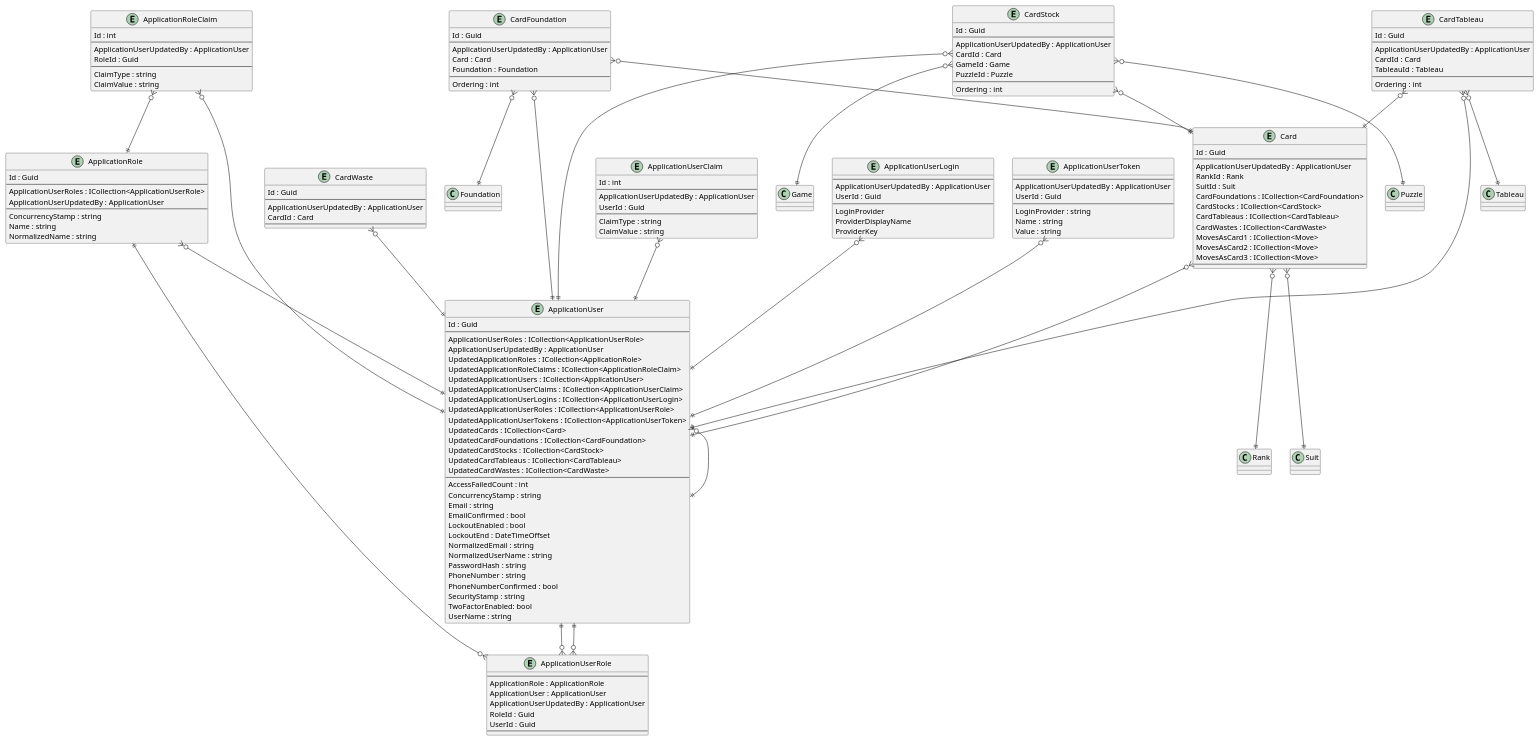
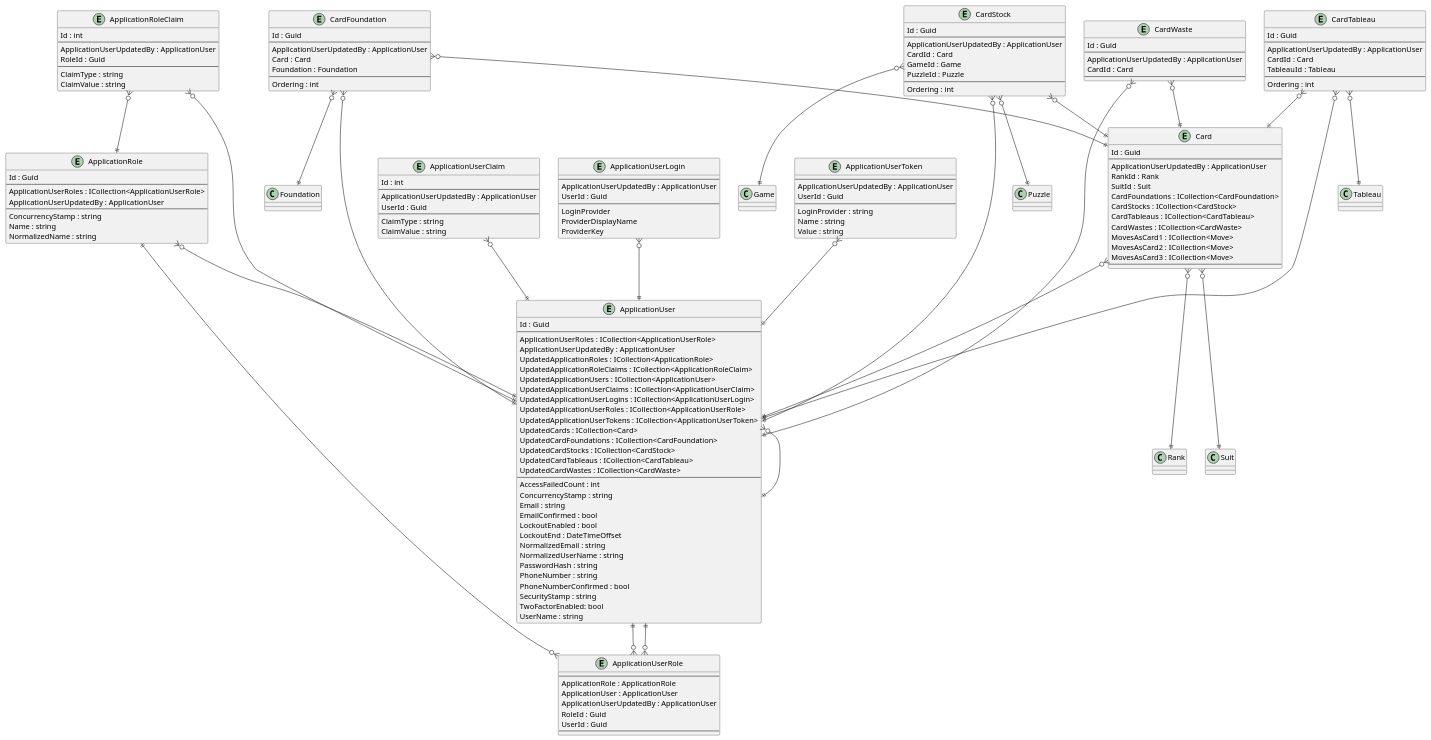
One commit to intrepion/intrepion_klondike-solitaire_csharp changed the diagram in .docs/Intrepion.KlondikeSolitaire.pu. Above: the diagram before and after it, drawn with PlantUML.

```diff
--- a/.docs/Intrepion.KlondikeSolitaire.pu
+++ b/.docs/Intrepion.KlondikeSolitaire.pu
@@ -1,193 +1,194 @@
 @startuml
 
 entity ApplicationRole {
     Id : Guid
     --
     ApplicationUserRoles : ICollection<ApplicationUserRole>
     ApplicationUserUpdatedBy : ApplicationUser
     --
     ConcurrencyStamp : string
     Name : string
     NormalizedName : string
 }
 
 entity ApplicationRoleClaim {
     Id : int
     --
     ApplicationUserUpdatedBy : ApplicationUser
     RoleId : Guid
     --
     ClaimType : string
     ClaimValue : string
 }
 
 entity ApplicationUser {
     Id : Guid
     --
     ApplicationUserRoles : ICollection<ApplicationUserRole>
     ApplicationUserUpdatedBy : ApplicationUser
     UpdatedApplicationRoles : ICollection<ApplicationRole>
     UpdatedApplicationRoleClaims : ICollection<ApplicationRoleClaim>
     UpdatedApplicationUsers : ICollection<ApplicationUser>
     UpdatedApplicationUserClaims : ICollection<ApplicationUserClaim>
     UpdatedApplicationUserLogins : ICollection<ApplicationUserLogin>
     UpdatedApplicationUserRoles : ICollection<ApplicationUserRole>
     UpdatedApplicationUserTokens : ICollection<ApplicationUserToken>
     UpdatedCards : ICollection<Card>
     UpdatedCardFoundations : ICollection<CardFoundation>
     UpdatedCardStocks : ICollection<CardStock>
     UpdatedCardTableaus : ICollection<CardTableau>
     UpdatedCardWastes : ICollection<CardWaste>
     ' ApplicationUserKeyCodePlaceholder
     --
     AccessFailedCount : int
     ConcurrencyStamp : string
     Email : string
     EmailConfirmed : bool
     LockoutEnabled : bool
     LockoutEnd : DateTimeOffset
     NormalizedEmail : string
     NormalizedUserName : string
     PasswordHash : string
     PhoneNumber : string
     PhoneNumberConfirmed : bool
     SecurityStamp : string
     TwoFactorEnabled: bool
     UserName : string
 }
 
 entity ApplicationUserClaim {
     Id : int
     --
     ApplicationUserUpdatedBy : ApplicationUser
     UserId : Guid
     --
     ClaimType : string
     ClaimValue : string
 }
 
 entity ApplicationUserLogin {
     --
     ApplicationUserUpdatedBy : ApplicationUser
     UserId : Guid
     --
     LoginProvider
     ProviderDisplayName
     ProviderKey
 }
 
 entity ApplicationUserRole {
     --
     ApplicationRole : ApplicationRole
     ApplicationUser : ApplicationUser
     ApplicationUserUpdatedBy : ApplicationUser
     RoleId : Guid
     UserId : Guid
     --
 }
 
 entity ApplicationUserToken {
     --
     ApplicationUserUpdatedBy : ApplicationUser
     UserId : Guid
     --
     LoginProvider : string
     Name : string
     Value : string
 }
 
 entity Card {
     Id : Guid
     --
     ApplicationUserUpdatedBy : ApplicationUser
     RankId : Rank
     SuitId : Suit
     CardFoundations : ICollection<CardFoundation>
     CardStocks : ICollection<CardStock>
     CardTableaus : ICollection<CardTableau>
     CardWastes : ICollection<CardWaste>
     MovesAsCard1 : ICollection<Move>
     MovesAsCard2 : ICollection<Move>
     MovesAsCard3 : ICollection<Move>
     ' CardKeyCodePlaceholder
     --
     ' CardPropertyCodePlaceholder
 }
 
 entity CardFoundation {
     Id : Guid
     --
     ApplicationUserUpdatedBy : ApplicationUser
     Card : Card
     Foundation : Foundation
     ' CardFoundationKeyCodePlaceholder
     --
     Ordering : int
     ' CardFoundationPropertyCodePlaceholder
 }
 
 entity CardStock {
     Id : Guid
     --
     ApplicationUserUpdatedBy : ApplicationUser
     CardId : Card
     GameId : Game
     PuzzleId : Puzzle
     ' CardStockKeyCodePlaceholder
     --
     Ordering : int
     ' CardStockPropertyCodePlaceholder
 }
 
 entity CardTableau {
     Id : Guid
     --
     ApplicationUserUpdatedBy : ApplicationUser
     CardId : Card
     TableauId : Tableau
     ' CardTableauKeyCodePlaceholder
     --
     Ordering : int
     ' CardTableauPropertyCodePlaceholder
 }
 
 entity CardWaste {
     Id : Guid
     --
     ApplicationUserUpdatedBy : ApplicationUser
     CardId : Card
     ' CardWasteKeyCodePlaceholder
     --
     ' CardWastePropertyCodePlaceholder
 }
 
 ' EntityCodePlaceholder
 
 ApplicationRole ||--o{ ApplicationUserRole
 ApplicationRole }o--|| ApplicationUser
 ApplicationRoleClaim }o--|| ApplicationRole
 ApplicationRoleClaim }o--|| ApplicationUser
 ApplicationUser }o--|| ApplicationUser
 ApplicationUser ||--o{ ApplicationUserRole
 ApplicationUserClaim }o--|| ApplicationUser
 ApplicationUserLogin }o--|| ApplicationUser
 ApplicationUserRole }o--|| ApplicationUser
 ApplicationUserToken }o--|| ApplicationUser
 
 Card }o--|| ApplicationUser
 Card }o--|| Rank
 Card }o--|| Suit
 CardFoundation }o--|| ApplicationUser
 CardFoundation }o--|| Card
 CardFoundation }o--|| Foundation
 CardStock }o--|| ApplicationUser
 CardStock }o--|| Card
 CardStock }o--|| Game
 CardStock }o--|| Puzzle
 CardTableau }o--|| ApplicationUser
 CardTableau }o--|| Card
 CardTableau }o--|| Tableau
 CardWaste }o--|| ApplicationUser
+CardWaste }o--|| Card
 ' RelationshipCodePlaceholder
 
 @enduml
```
